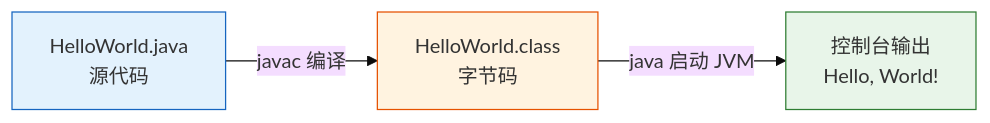
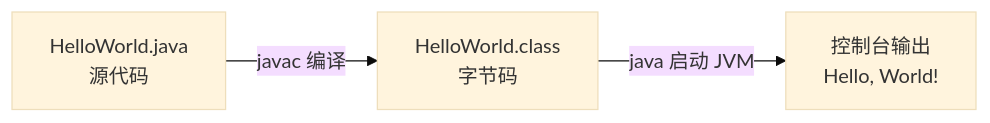
One commit to Ramxxxf/java-learn changed the second of 3 diagrams in Tutorial/Module00-Environment/lesson.md. Above: the diagram before and after it, drawn with Mermaid (base theme). The commit also changed other lines of this file and 2 other files, not shown here.

Commit message:
移除 Mermaid 自定义颜色样式，改用默认主题适配明暗模式

````diff
--- a/Tutorial/Module00-Environment/lesson.md
+++ b/Tutorial/Module00-Environment/lesson.md
@@ -138,9 +138,6 @@
 ```mermaid
 flowchart LR
     A["HelloWorld.java<br/>源代码"] -->|"javac 编译"| B["HelloWorld.class<br/>字节码"]
     B -->|"java 启动 JVM"| C["控制台输出<br/>Hello, World!"]
 
-    style A fill:#e3f2fd,stroke:#1565c0
-    style B fill:#fff3e0,stroke:#e65100
-    style C fill:#e8f5e9,stroke:#2e7d32
 ```
````
